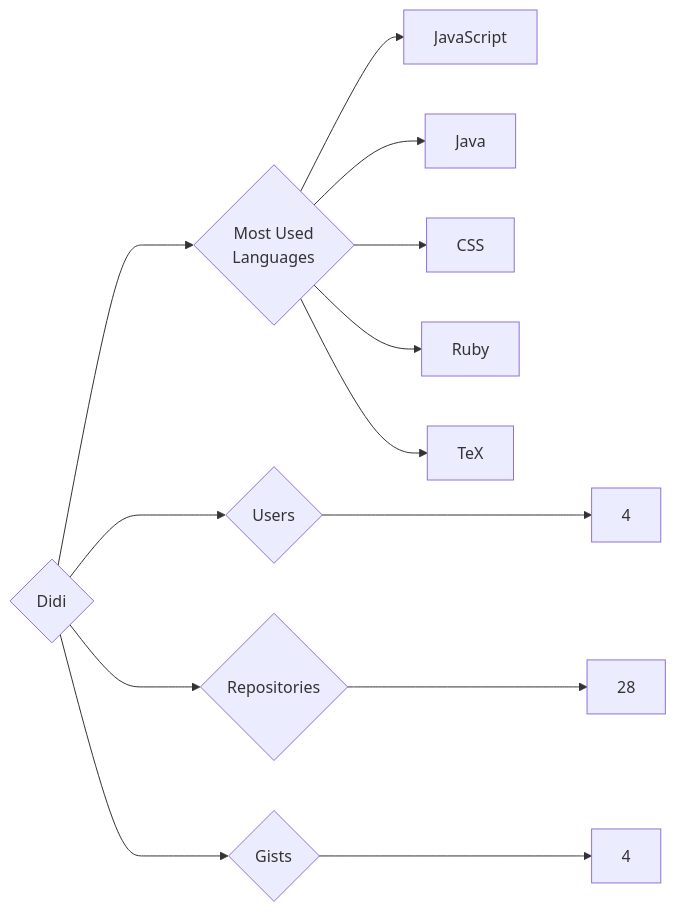
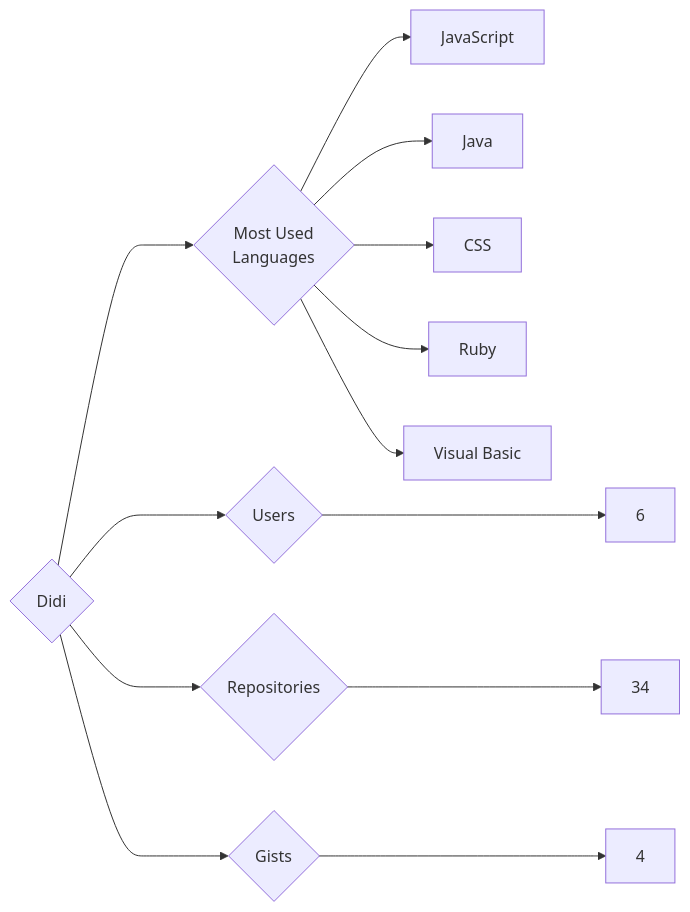
The diagram in targets/Didi/README.md (trickest/insiders), drawn with Mermaid before and after one commit. The commit also changed 1167 other files, not shown here.

````diff
--- a/targets/Didi/README.md
+++ b/targets/Didi/README.md
@@ -3,13 +3,13 @@
 ```mermaid
 graph LR
 COMPANY_NAME{Didi}
-COMPANY_NAME ---> U{Users} ---> UN[4]
-COMPANY_NAME ---> R{Repositories} ---> RN[28]
+COMPANY_NAME ---> U{Users} ---> UN[6]
+COMPANY_NAME ---> R{Repositories} ---> RN[34]
 COMPANY_NAME ---> G{Gists} ---> GN[4]
 COMPANY_NAME ---> ML{Most Used<br>Languages}
 ML --> JavaScript[JavaScript]
 ML --> Java[Java]
 ML --> CSS[CSS]
 ML --> Ruby[Ruby]
-ML --> TeX[TeX]
+ML --> Visual_Basic[Visual Basic]
 ```
````
